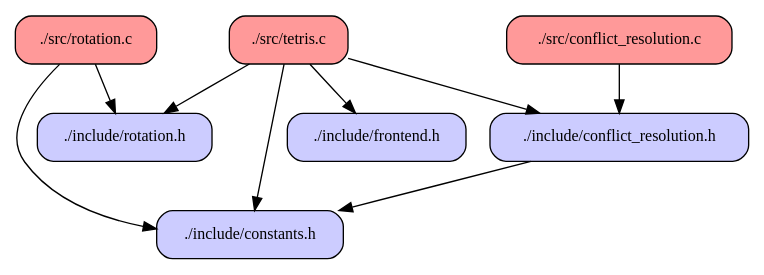
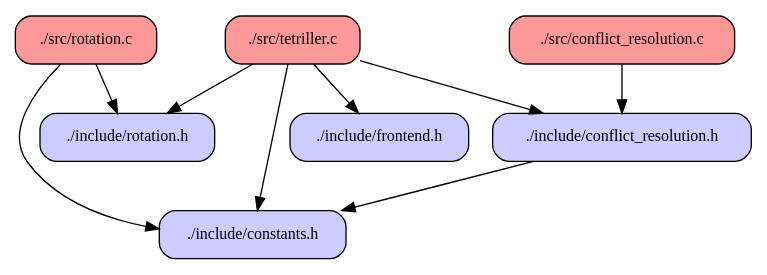
One commit to FyodorPotseluev/tetris changed the diagram in modules_interdependency.dot. Above: the diagram before and after it, drawn with Graphviz. The commit also changed 5 other files, not shown here.

Commit message:
- the project name is `tetriller` now; - the `modules_interdependency` files have been updated; - README.txt updated:     -- how to switch between `tetris` and `tetriller` versions;     -- the `tetriller` rules have been explained;

```diff
--- a/modules_interdependency.dot
+++ b/modules_interdependency.dot
@@ -1,24 +1,24 @@
 digraph codeviz {
     splines=true
     sep="+15,15"
     overlap=scalexy
 
     node [shape=Mrecord, fontsize=12]
 
     node [fillcolor="#ccccff", style=filled] "./include/conflict_resolution.h" [label = "./include/conflict_resolution.h"]
     node [fillcolor="#ccccff", style=filled] "./include/constants.h"           [label = "./include/constants.h"]
     node [fillcolor="#ccccff", style=filled] "./include/frontend.h"            [label = "./include/frontend.h"]
     node [fillcolor="#ccccff", style=filled] "./include/rotation.h"            [label = "./include/rotation.h"]
     node [fillcolor="#ff9999", style=filled] "./src/conflict_resolution.c"     [label = "./src/conflict_resolution.c"]
     node [fillcolor="#ff9999", style=filled] "./src/rotation.c"                [label = "./src/rotation.c"]
-    node [fillcolor="#ff9999", style=filled] "./src/tetris.c"                  [label = "./src/tetris.c"]
+    node [fillcolor="#ff9999", style=filled] "./src/tetriller.c"               [label = "./src/tetriller.c"]
 
     "./include/conflict_resolution.h" -> "./include/constants.h"
     "./src/conflict_resolution.c"     -> "./include/conflict_resolution.h"
     "./src/rotation.c"                -> "./include/rotation.h"
     "./src/rotation.c"                -> "./include/constants.h"
-    "./src/tetris.c"                  -> "./include/conflict_resolution.h"
-    "./src/tetris.c"                  -> "./include/constants.h"
-    "./src/tetris.c"                  -> "./include/frontend.h"
-    "./src/tetris.c"                  -> "./include/rotation.h"
+    "./src/tetriller.c"               -> "./include/conflict_resolution.h"
+    "./src/tetriller.c"               -> "./include/constants.h"
+    "./src/tetriller.c"               -> "./include/frontend.h"
+    "./src/tetriller.c"               -> "./include/rotation.h"
 }
```
